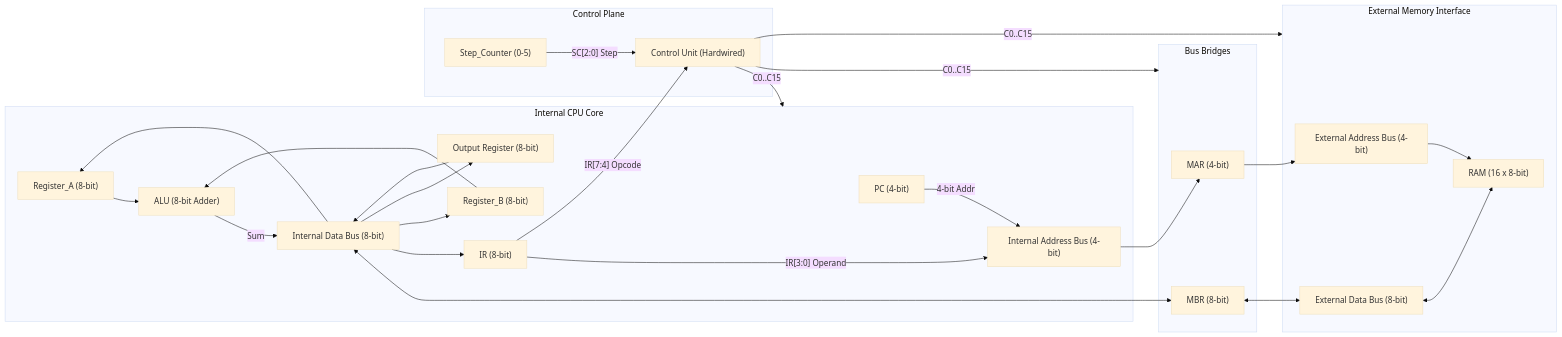
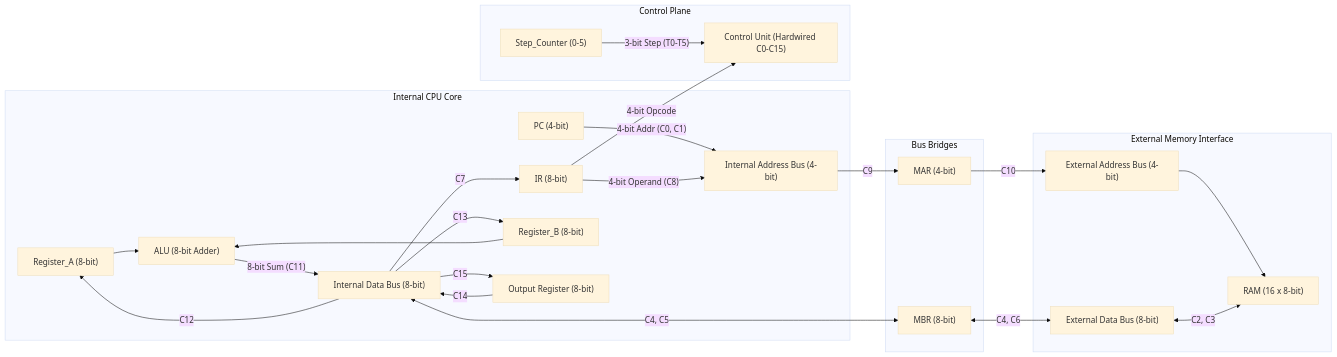
Before and after one commit to alwaleed-abu-taleb/CPU-Simulator: the diagram in README.md, drawn with Mermaid (base theme). The commit also changed 1 other file, not shown here.

Commit message:
docs: fix architecture Mermaid diagram and add MIT license

````diff
--- a/README.md
+++ b/README.md
@@ -69,54 +69,51 @@
 ```mermaid
 flowchart LR
-    subgraph Internal["Internal CPU Core"]
+    subgraph Core["Internal CPU Core"]
         PC["PC (4-bit)"]
         IR["IR (8-bit)"]
         REGA["Register_A (8-bit)"]
         REGB["Register_B (8-bit)"]
         ALU["ALU (8-bit Adder)"]
         OUTR["Output Register (8-bit)"]
         IAB["Internal Address Bus (4-bit)"]
         IDB["Internal Data Bus (8-bit)"]
     end
 
-    subgraph Bridge["Bus Bridges"]
+    subgraph BusBridge["Bus Bridges"]
         MAR["MAR (4-bit)"]
         MBR["MBR (8-bit)"]
     end
 
-    subgraph External["External Memory Interface"]
+    subgraph ExtMem["External Memory Interface"]
         EAB["External Address Bus (4-bit)"]
         EDB["External Data Bus (8-bit)"]
         RAM["RAM (16 x 8-bit)"]
     end
 
-    subgraph Control["Control Plane"]
+    subgraph Ctrl["Control Plane"]
         SC["Step_Counter (0-5)"]
-        CU["Control Unit (Hardwired)"]
+        CU["Control Unit (Hardwired C0-C15)"]
     end
 
-    PC -->|"4-bit Addr"| IAB
-    IR -->|"IR[3:0] Operand"| IAB
-    IAB --> MAR
-    MAR --> EAB
+    PC -->|"4-bit Addr (C0, C1)"| IAB
+    IR -->|"4-bit Operand (C8)"| IAB
+    IAB -->|"C9"| MAR
+    MAR -->|"C10"| EAB
     EAB --> RAM
 
-    IDB <--> MBR
-    MBR <--> EDB
-    EDB <--> RAM
+    IDB <-->|"C4, C5"| MBR
+    MBR <-->|"C4, C6"| EDB
+    EDB <-->|"C2, C3"| RAM
 
-    IDB --> IR
-    IDB --> REGA
-    IDB --> REGB
+    IDB -->|"C7"| IR
+    IDB -->|"C12"| REGA
+    IDB -->|"C13"| REGB
     REGA --> ALU
     REGB --> ALU
-    ALU -->|"Sum"| IDB
-    IDB --> OUTR
-    OUTR --> IDB
+    ALU -->|"8-bit Sum (C11)"| IDB
+    IDB -->|"C15"| OUTR
+    OUTR -->|"C14"| IDB
 
-    IR -->|"IR[7:4] Opcode"| CU
-    SC -->|"SC[2:0] Step"| CU
-    CU -->|"C0..C15"| Internal
-    CU -->|"C0..C15"| Bridge
-    CU -->|"C0..C15"| External
+    IR -->|"4-bit Opcode"| CU
+    SC -->|"3-bit Step (T0-T5)"| CU
 ```
````
